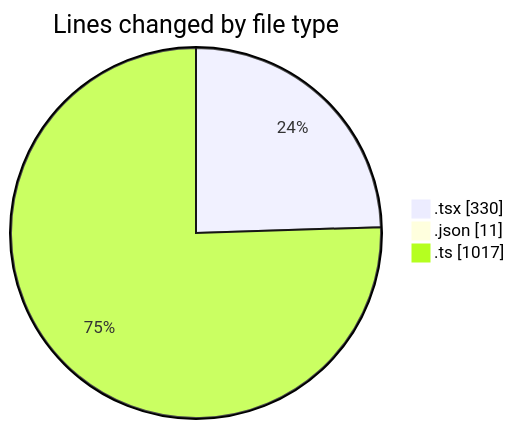
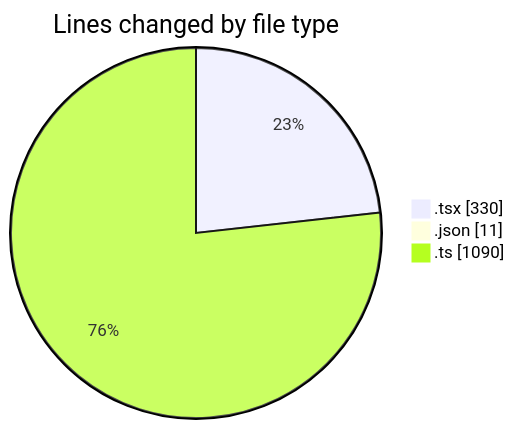
The first of 2 diagrams in 2025-05-12/cda/README.md (momahboobian/code-tracking), drawn with Mermaid before and after one commit. The commit also changed other lines of this file and 1 other file, not shown here.

````diff
--- a/2025-05-12/cda/README.md
+++ b/2025-05-12/cda/README.md
@@ -31,7 +31,7 @@
 ```mermaid
 pie showData
 title Lines changed by file type
 ".tsx" : 330
 ".json" : 11
-".ts" : 1017
+".ts" : 1090
 ```
````
